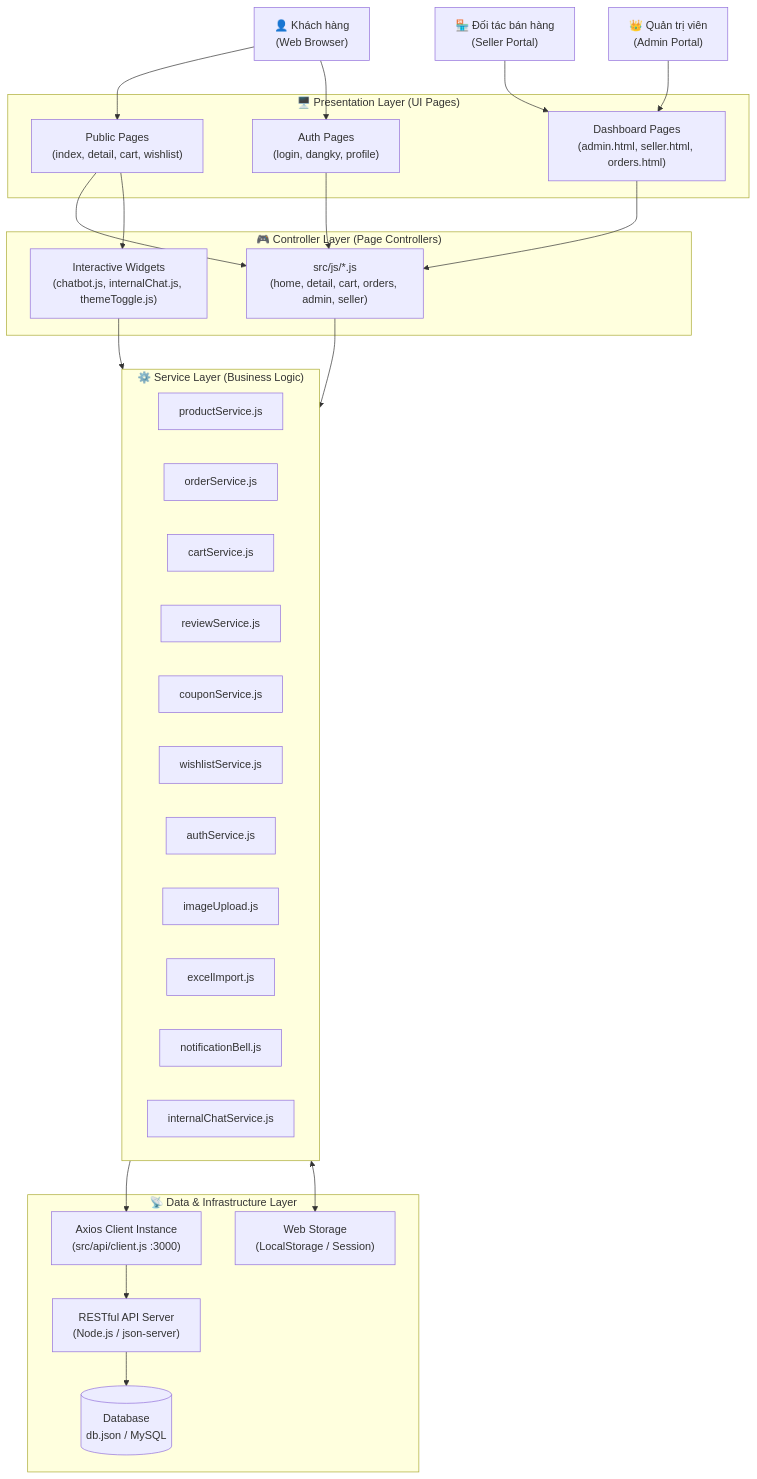
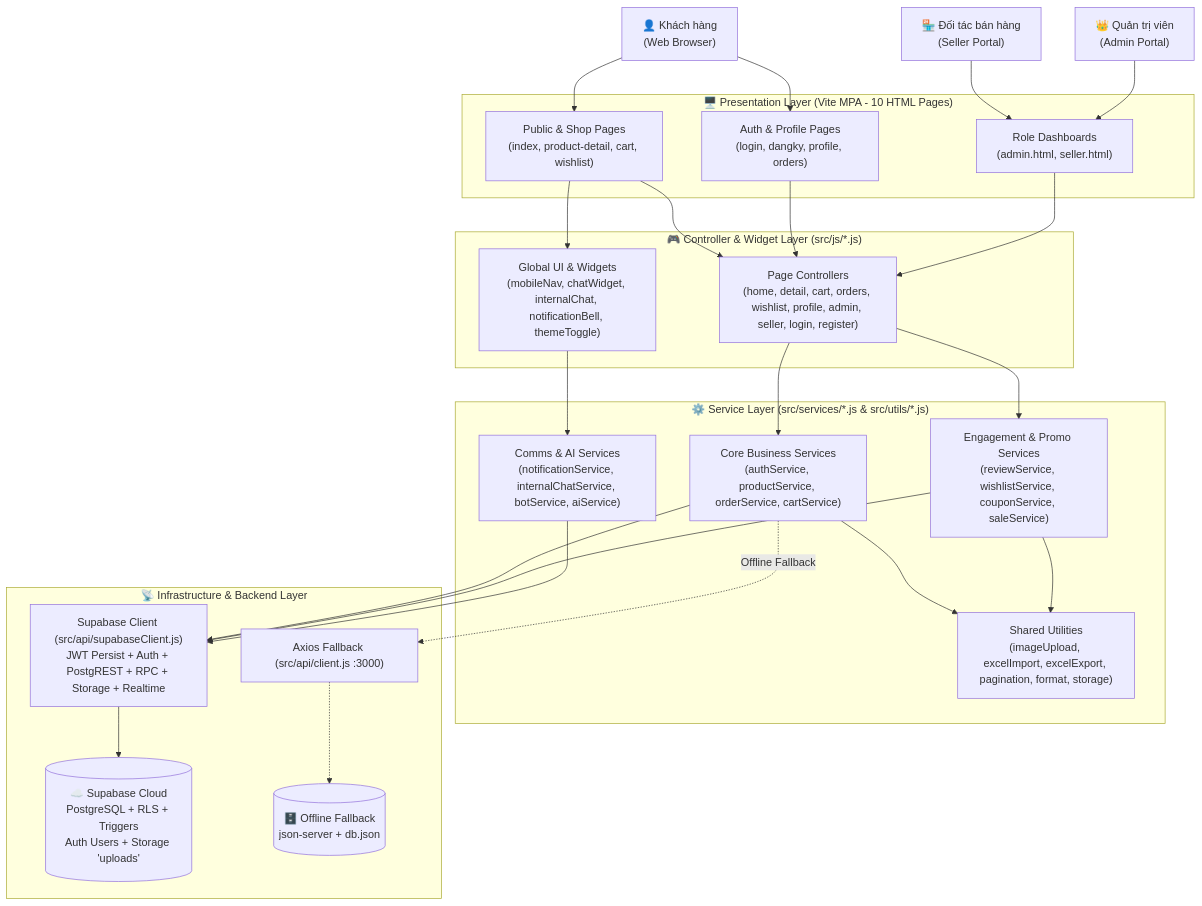
Before and after one commit to hieunguyenpro1919/nhasach: the first of 6 diagrams in docs/software_architecture_design.md, drawn with Mermaid. The commit also changed other lines of this file and 4 other files, not shown here.

Commit message:
Update README and docs to match Supabase Auth, RLS, Storage, and Vercel deployment

````diff
--- a/docs/software_architecture_design.md
+++ b/docs/software_architecture_design.md
@@ -17,56 +17,55 @@
 ```mermaid
 flowchart TD
     USER["👤 Khách hàng\n(Web Browser)"]
     SELLER["🏪 Đối tác bán hàng\n(Seller Portal)"]
     ADMIN["👑 Quản trị viên\n(Admin Portal)"]
 
-    subgraph PRESENTATION["🖥️ Presentation Layer (UI Pages)"]
-        PUB_PAGES["Public Pages\n(index, detail, cart, wishlist)"]
-        AUTH_PAGES["Auth Pages\n(login, dangky, profile)"]
-        DASH_PAGES["Dashboard Pages\n(admin.html, seller.html, orders.html)"]
+    subgraph PRESENTATION["🖥️ Presentation Layer (Vite MPA - 10 HTML Pages)"]
+        PUB_PAGES["Public & Shop Pages\n(index, product-detail, cart, wishlist)"]
+        AUTH_PAGES["Auth & Profile Pages\n(login, dangky, profile, orders)"]
+        DASH_PAGES["Role Dashboards\n(admin.html, seller.html)"]
     end
 
-    subgraph CONTROLLER["🎮 Controller Layer (Page Controllers)"]
-        PAGE_CTRLS["src/js/*.js\n(home, detail, cart, orders, admin, seller)"]
-        WIDGET_CTRLS["Interactive Widgets\n(chatbot.js, internalChat.js, themeToggle.js)"]
+    subgraph CONTROLLER["🎮 Controller & Widget Layer (src/js/*.js)"]
+        PAGE_CTRLS["Page Controllers\n(home, detail, cart, orders, wishlist, profile, admin, seller, login, register)"]
+        WIDGET_CTRLS["Global UI & Widgets\n(mobileNav, chatWidget, internalChat, notificationBell, themeToggle)"]
     end
 
-    subgraph SERVICE["⚙️ Service Layer (Business Logic)"]
-        PROD_SVC["productService.js"]
-        ORDER_SVC["orderService.js"]
-        CART_SVC["cartService.js"]
-        REV_SVC["reviewService.js"]
-        COUP_SVC["couponService.js"]
-        WISH_SVC["wishlistService.js"]
-        AUTH_SVC["authService.js"]
-        IMG_SVC["imageUpload.js"]
-        EXCEL_SVC["excelImport.js"]
-        NOTIF_SVC["notificationBell.js"]
-        CHAT_SVC["internalChatService.js"]
+    subgraph SERVICE["⚙️ Service Layer (src/services/*.js & src/utils/*.js)"]
+        CORE_SVC["Core Business Services\n(authService, productService, orderService, cartService)"]
+        ENGAGE_SVC["Engagement & Promo Services\n(reviewService, wishlistService, couponService, saleService)"]
+        COMMS_SVC["Comms & AI Services\n(notificationService, internalChatService, botService, aiService)"]
+        UTILS["Shared Utilities\n(imageUpload, excelImport, excelExport, pagination, format, storage)"]
     end
 
-    subgraph INFRASTRUCTURE["📡 Data & Infrastructure Layer"]
-        AXIOS["Axios Client Instance\n(src/api/client.js :3000)"]
-        STORAGE["Web Storage\n(LocalStorage / Session)"]
-        SERVER["RESTful API Server\n(Node.js / json-server)"]
-        DB[("Database\ndb.json / MySQL")]
+    subgraph INFRASTRUCTURE["📡 Infrastructure & Backend Layer"]
+        SUPA_SDK["Supabase Client (src/api/supabaseClient.js)\nJWT Persist + Auth + PostgREST + RPC + Storage + Realtime"]
+        SUPA_CLOUD[("☁️ Supabase Cloud\nPostgreSQL + RLS + Triggers\nAuth Users + Storage 'uploads'")]
+        AXIOS["Axios Fallback (src/api/client.js :3000)"]
+        JSON_SRV[("🗄️ Offline Fallback\njson-server + db.json")]
     end
 
     USER --> PUB_PAGES
     USER --> AUTH_PAGES
     SELLER --> DASH_PAGES
     ADMIN --> DASH_PAGES
 
     PUB_PAGES --> PAGE_CTRLS
     AUTH_PAGES --> PAGE_CTRLS
     DASH_PAGES --> PAGE_CTRLS
     PUB_PAGES --> WIDGET_CTRLS
 
-    PAGE_CTRLS --> SERVICE
-    WIDGET_CTRLS --> SERVICE
+    PAGE_CTRLS --> CORE_SVC
+    PAGE_CTRLS --> ENGAGE_SVC
+    WIDGET_CTRLS --> COMMS_SVC
+    CORE_SVC --> UTILS
+    ENGAGE_SVC --> UTILS
 
-    SERVICE --> AXIOS
-    SERVICE <--> STORAGE
-    AXIOS --> SERVER
-    SERVER --> DB
+    CORE_SVC --> SUPA_SDK
+    ENGAGE_SVC --> SUPA_SDK
+    COMMS_SVC --> SUPA_SDK
+    SUPA_SDK --> SUPA_CLOUD
+
+    CORE_SVC -.->|"Offline Fallback"| AXIOS
+    AXIOS -.-> JSON_SRV
 ```
````
